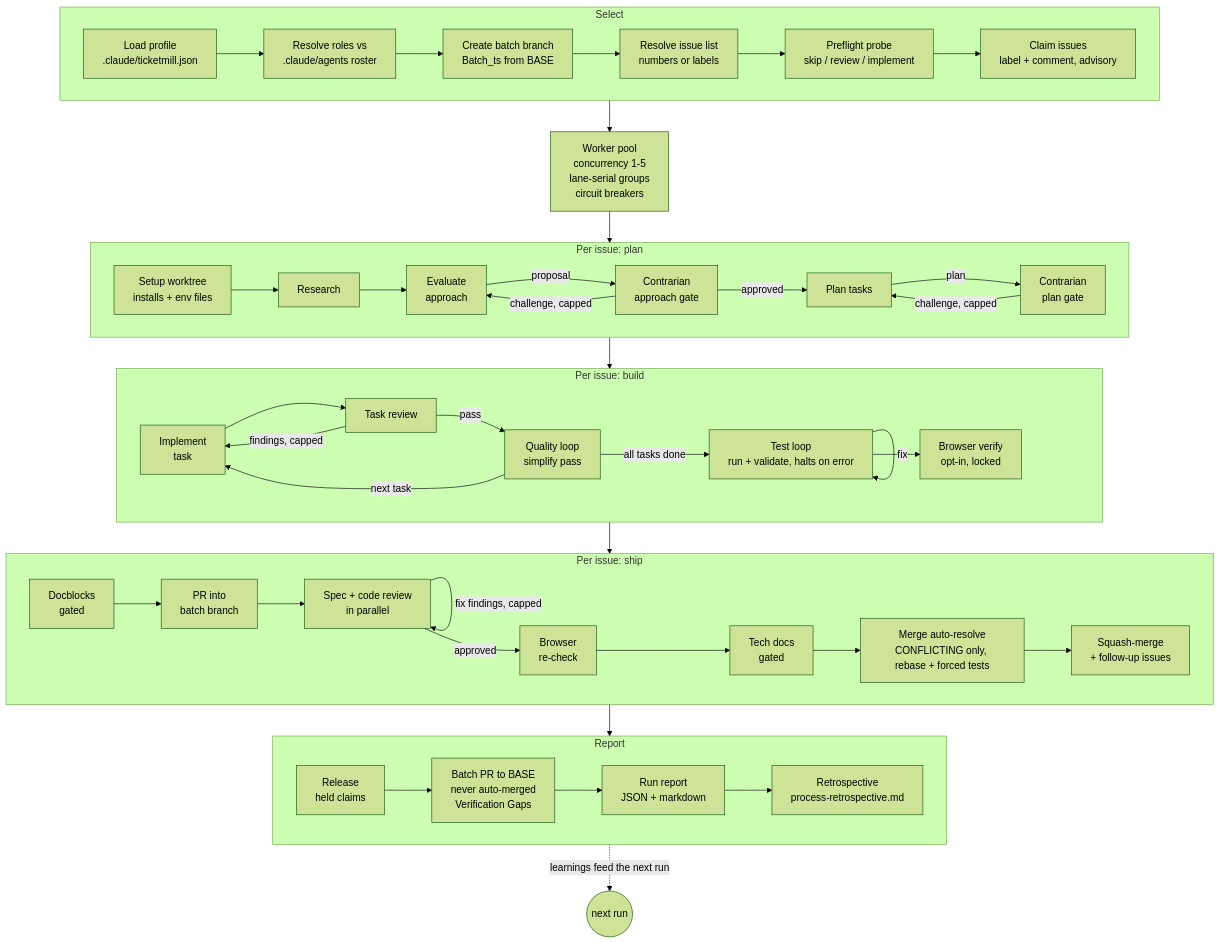
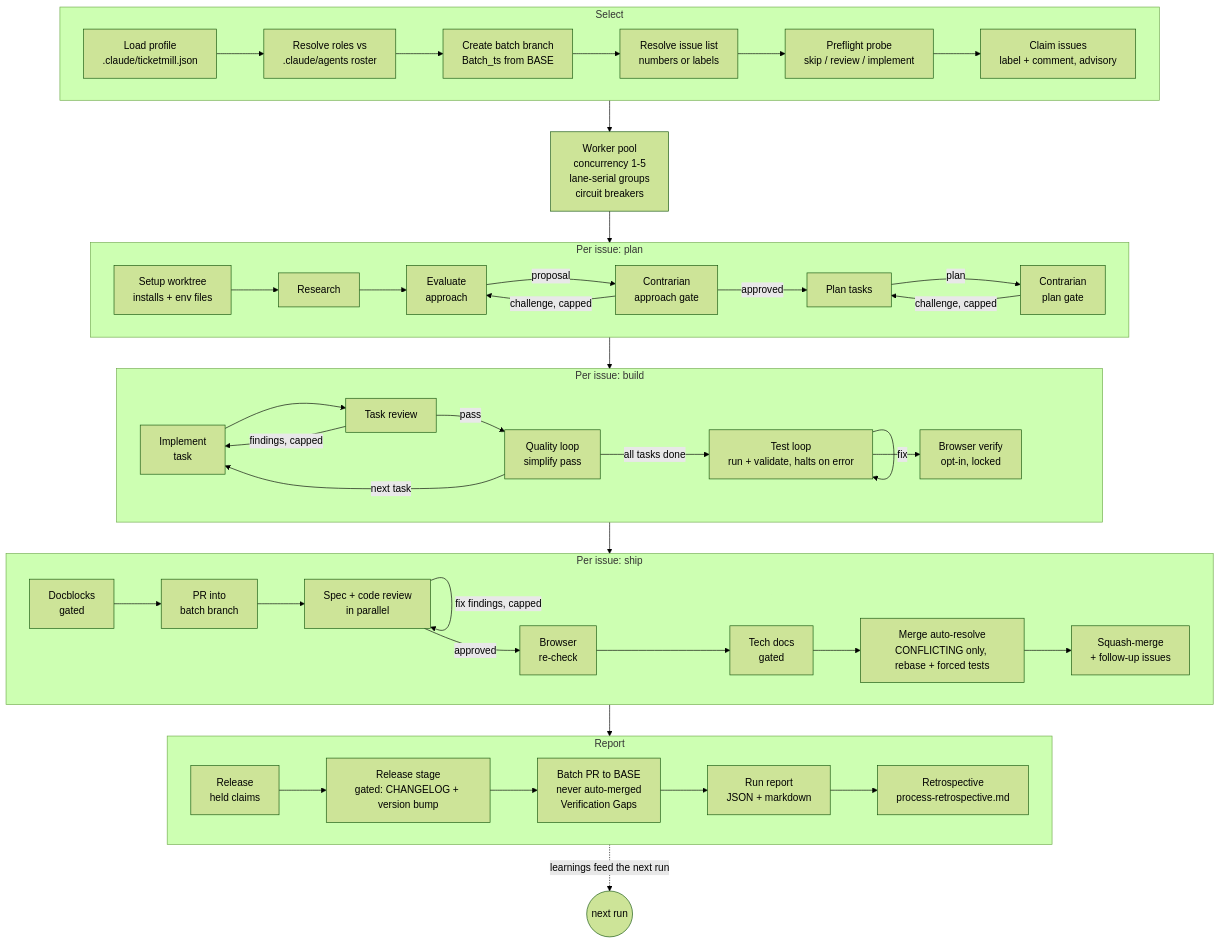
One commit to aaddrick/ticketmill changed the diagram in docs/ARCHITECTURE.md. Above: the diagram before and after it, drawn with Mermaid (forest theme). The commit also changed other lines of this file and 24 other files, not shown here.

````diff
--- a/docs/ARCHITECTURE.md
+++ b/docs/ARCHITECTURE.md
@@ -9,51 +9,51 @@
 ```mermaid
 flowchart TD
     subgraph SEL["Select"]
         direction LR
         P["Load profile<br/>.claude/ticketmill.json"] --> D["Resolve roles vs<br/>.claude/agents roster"] --> B["Create batch branch<br/>Batch_ts from BASE"] --> I["Resolve issue list<br/>numbers or labels"] --> F["Preflight probe<br/>skip / review / implement"] --> C["Claim issues<br/>label + comment, advisory"]
     end
 
     SEL --> POOL["Worker pool<br/>concurrency 1-5<br/>lane-serial groups<br/>circuit breakers"]
     POOL --> PLAN
 
     subgraph PLAN["Per issue: plan"]
         direction LR
         S["Setup worktree<br/>installs + env files"] --> R["Research"] --> E["Evaluate<br/>approach"]
         E -->|proposal| CA["Contrarian<br/>approach gate"]
         CA -->|"challenge, capped"| E
         CA -->|approved| PL["Plan tasks"]
         PL -->|plan| CP["Contrarian<br/>plan gate"]
         CP -->|"challenge, capped"| PL
     end
 
     PLAN --> BUILD
 
     subgraph BUILD["Per issue: build"]
         direction LR
         IM["Implement<br/>task"] --> TR["Task review"]
         TR -->|"findings, capped"| IM
         TR -->|pass| QL["Quality loop<br/>simplify pass"]
         QL -->|"next task"| IM
         QL -->|"all tasks done"| TL["Test loop<br/>run + validate, halts on error"]
         TL -->|fix| TL
         TL --> BW["Browser verify<br/>opt-in, locked"]
     end
 
     BUILD --> SHIP
 
     subgraph SHIP["Per issue: ship"]
         direction LR
         DB["Docblocks<br/>gated"] --> PR["PR into<br/>batch branch"] --> RV["Spec + code review<br/>in parallel"]
         RV -->|"fix findings, capped"| RV
         RV -->|approved| BW2["Browser<br/>re-check"] --> TDOC["Tech docs<br/>gated"] --> MAR["Merge auto-resolve<br/>CONFLICTING only, rebase + forced tests"] --> MG["Squash-merge<br/>+ follow-up issues"]
     end
 
     SHIP --> REP
 
     subgraph REP["Report"]
         direction LR
-        RL["Release<br/>held claims"] --> BP["Batch PR to BASE<br/>never auto-merged<br/>Verification Gaps"] --> RO["Run report<br/>JSON + markdown"] --> RT["Retrospective<br/>process-retrospective.md"]
+        RL["Release<br/>held claims"] --> RVB["Release stage<br/>gated: CHANGELOG + version bump"] --> BP["Batch PR to BASE<br/>never auto-merged<br/>Verification Gaps"] --> RO["Run report<br/>JSON + markdown"] --> RT["Retrospective<br/>process-retrospective.md"]
     end
 
     REP -.->|"learnings feed the next run"| NEXT(("next run"))
 ```
````
